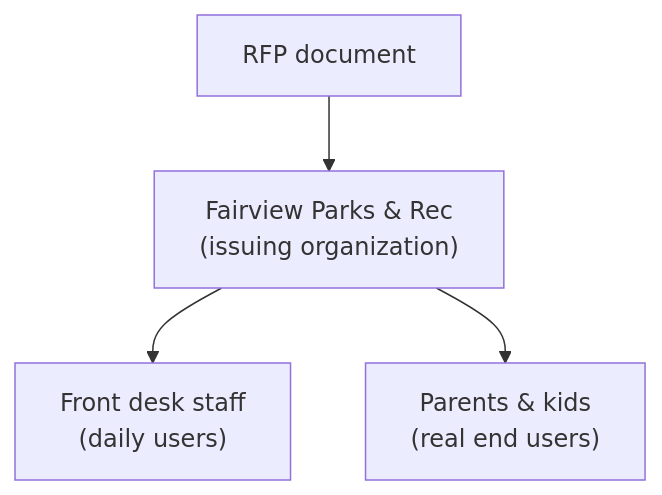
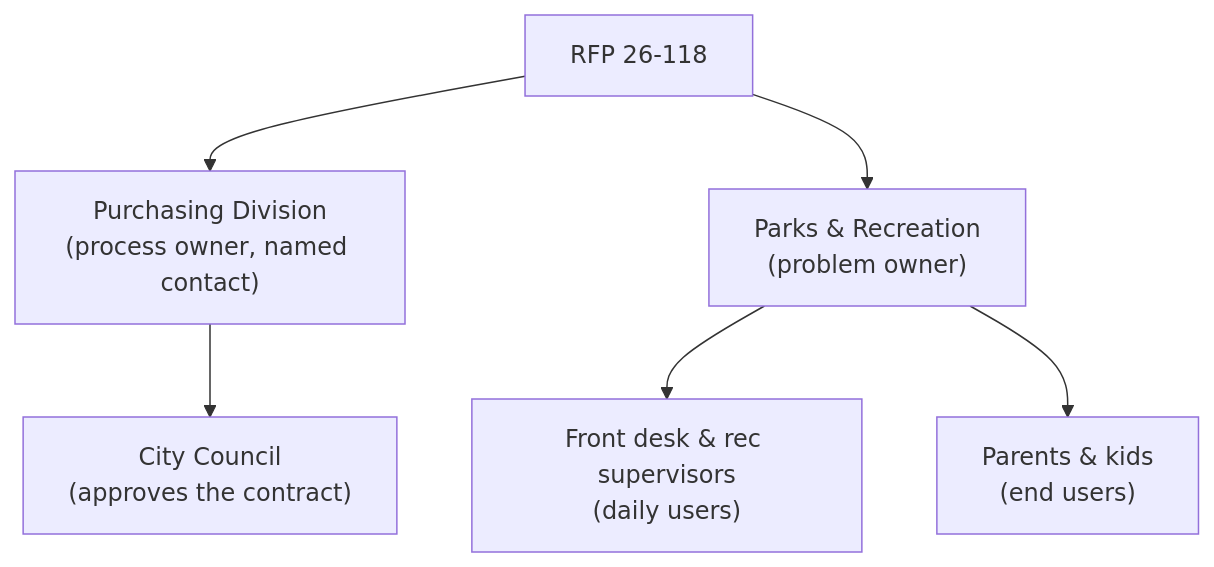
One commit to AutoNateAI/roblox-gamelab-2 changed the diagram in apps/marketplace/content/tutorials/civics-and-agentic-ai/03-researching-the-room.md. Above: the diagram before and after it, drawn with Mermaid. The commit also changed other lines of this file and 130 other files, not shown here.

````diff
--- a/apps/marketplace/content/tutorials/civics-and-agentic-ai/03-researching-the-room.md
+++ b/apps/marketplace/content/tutorials/civics-and-agentic-ai/03-researching-the-room.md
@@ -40,6 +89,8 @@
 ```mermaid
 flowchart TD
-  RFP["RFP document"] --> Dept["Fairview Parks & Rec<br/>(issuing organization)"]
-  Dept --> Staff["Front desk staff<br/>(daily users)"]
-  Dept --> Families["Parents & kids<br/>(real end users)"]
+  RFP["RFP 26-118"] --> Purch["Purchasing Division<br/>(process owner, named contact)"]
+  RFP --> Dept["Parks & Recreation<br/>(problem owner)"]
+  Dept --> Staff["Front desk & rec supervisors<br/>(daily users)"]
+  Dept --> Families["Parents & kids<br/>(end users)"]
+  Purch --> Council["City Council<br/>(approves the contract)"]
 ```
````
